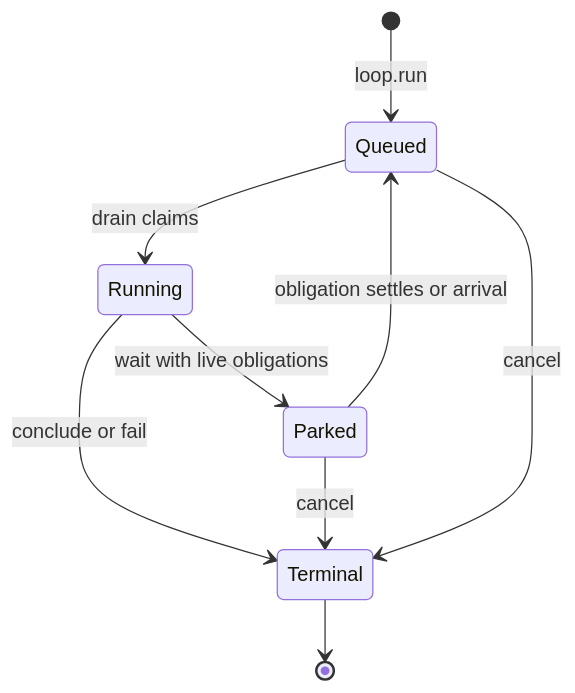
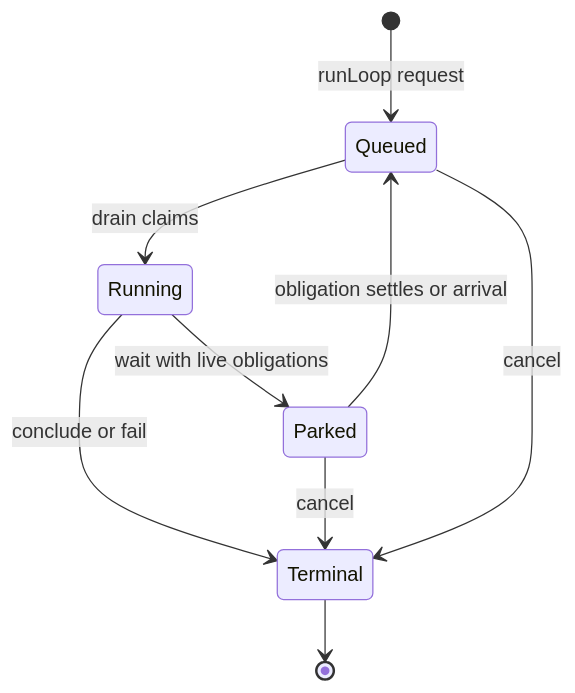
The third of 10 diagrams in plurnk-core/SPEC.md (plurnk/plurnk-service), drawn with Mermaid before and after one commit. The commit also changed other lines of this file and 22 other files, not shown here.

````diff
--- a/plurnk-core/SPEC.md
+++ b/plurnk-core/SPEC.md
@@ -331,11 +331,11 @@
 ```mermaid
 stateDiagram-v2
-    [*] --> Queued: loop.run
+    [*] --> Queued: runLoop request
     Queued --> Running: drain claims
     Running --> Parked: wait with live obligations
     Parked --> Queued: obligation settles or arrival
     Running --> Terminal: conclude or fail
     Parked --> Terminal: cancel
     Queued --> Terminal: cancel
     Terminal --> [*]
 ```
````
